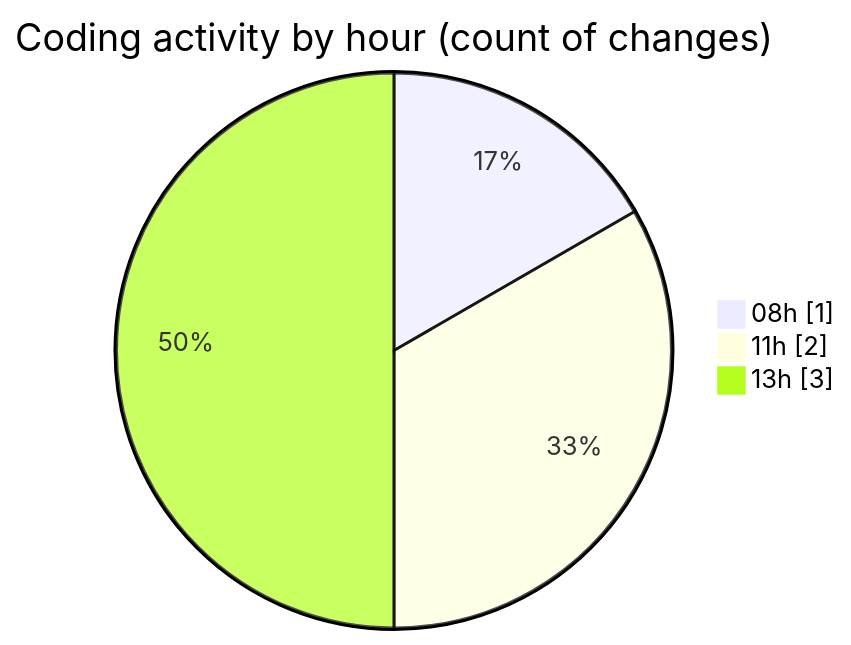
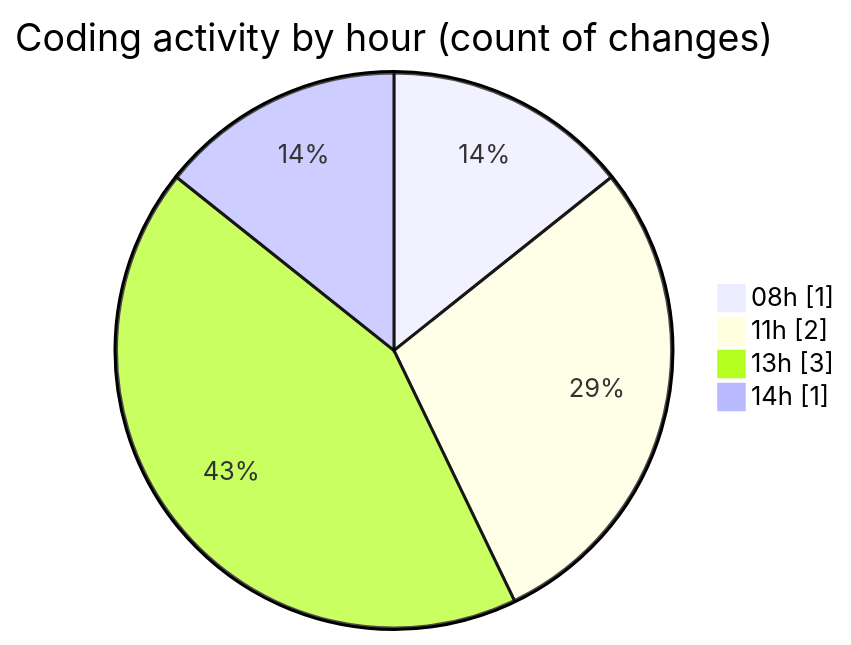
The second of 2 diagrams in 2025-01-15/oficina/README.md (LanceThiago/code-tracking), drawn with Mermaid before and after one commit. The commit also changed other lines of this file and 1 other file, not shown here.

````diff
--- a/2025-01-15/oficina/README.md
+++ b/2025-01-15/oficina/README.md
@@ -29,7 +29,8 @@
 ```mermaid
 pie showData
 title Coding activity by hour (count of changes)
 "08h" : 1
 "11h" : 2
 "13h" : 3
+"14h" : 1
 ```
````
